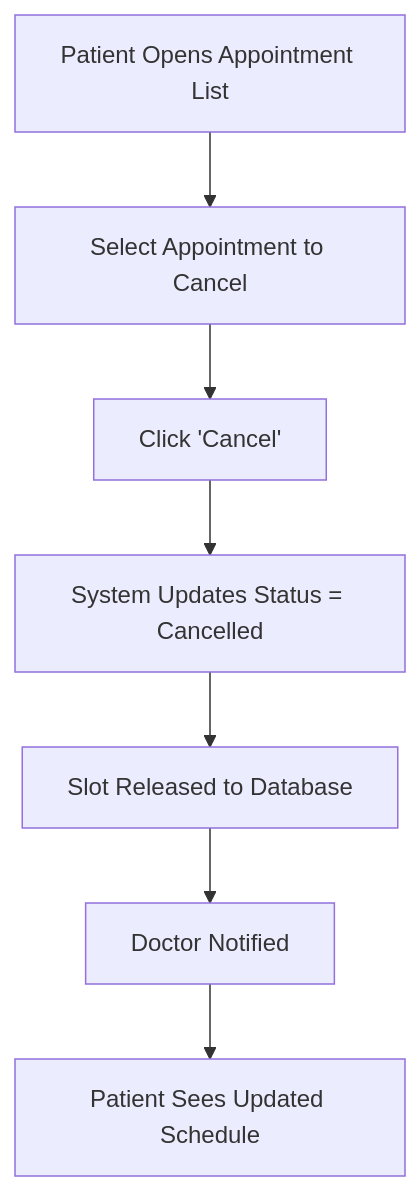
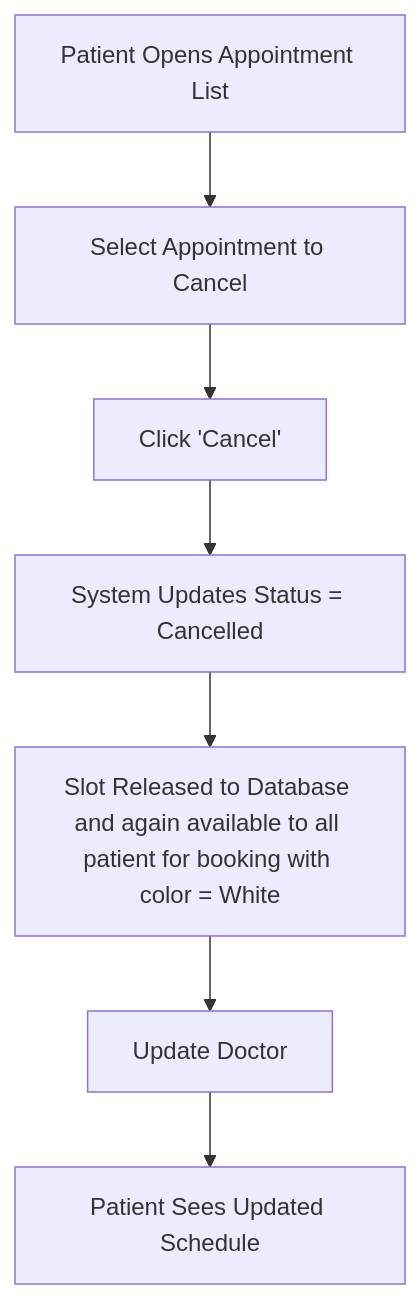
The fifth of 5 diagrams in docs/functional_usecase.md (akshu-mishra/medilink), drawn with Mermaid before and after one commit. The commit also changed other lines of this file and 6 other files, not shown here.

````diff
--- a/docs/functional_usecase.md
+++ b/docs/functional_usecase.md
@@ -103,9 +130,9 @@
 ```mermaid
 flowchart TD
     A["Patient Opens Appointment List"] --> B["Select Appointment to Cancel"]
     B --> C["Click 'Cancel'"]
     C --> D["System Updates Status = Cancelled"]
-    D --> E["Slot Released to Database"]
-    E --> F["Doctor Notified"]
+    D --> E["Slot Released to Database and again available to all patient for booking with color = White"]
+    E --> F["Update Doctor"]
     F --> G["Patient Sees Updated Schedule"]
 ```
````
